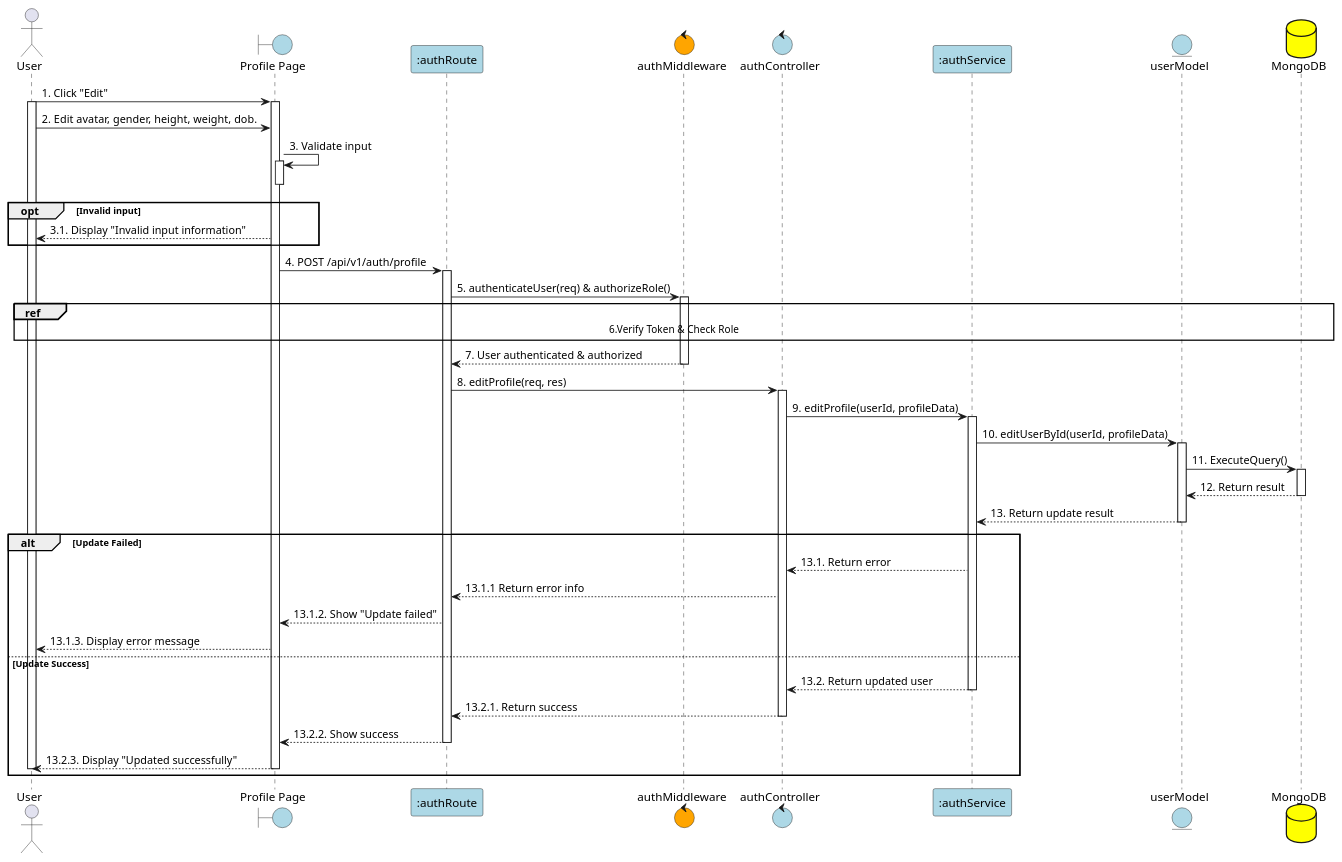
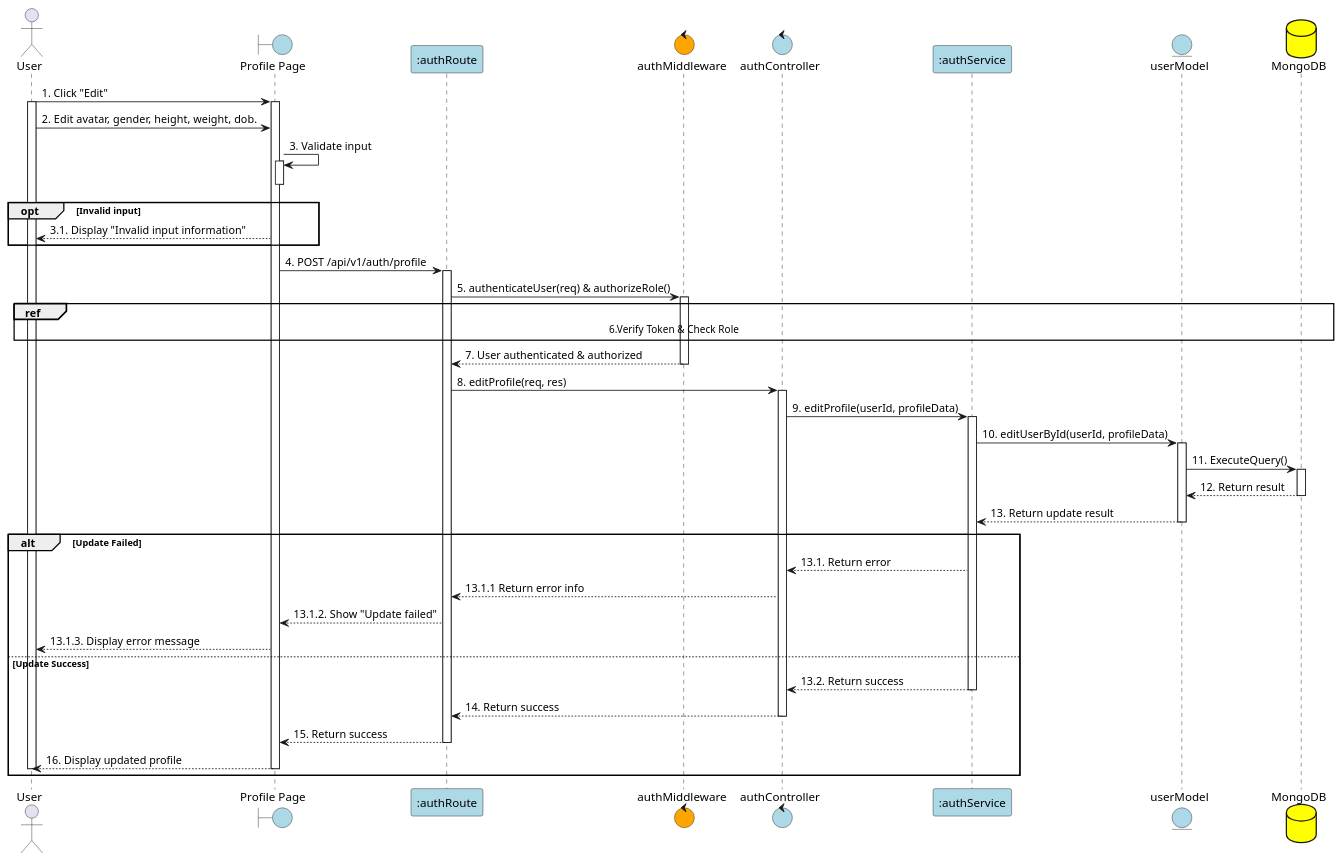
Before and after one commit to VietDurian/VietDurian: the diagram in planuml/web/9.2_editProfile.puml, drawn with PlantUML. The commit also changed 8 other files, not shown here.

Commit message:
ViVLT: Add sequence

```diff
--- a/planuml/web/9.2_editProfile.puml
+++ b/planuml/web/9.2_editProfile.puml
@@ -1,67 +1,67 @@
 @startuml EditProfile
 
 actor User as "User"
 boundary "Profile Page" as View #lightblue
 participant ":authRoute" as Route #lightblue
 control "authMiddleware" as Auth #orange
 control "authController" as Controller #lightblue
 participant ":authService" as Service #lightblue
 entity "userModel" as Model #lightblue
 database "MongoDB" as MongoDB #yellow
 
 User -> View: 1. Click "Edit"
 activate View
 activate User
 User -> View: 2. Edit avatar, gender, height, weight, dob.
 
 View -> View: 3. Validate input
 activate View
 deactivate View
 
 opt Invalid input
     View --> User: 3.1. Display "Invalid input information"
 end
 
 View -> Route: 4. POST /api/v1/auth/profile
 activate Route
 Route -> Auth: 5. authenticateUser(req) & authorizeRole()
 activate Auth
 ref over User, View, Route, Auth, Controller, Service, Model, MongoDB : 6.Verify Token & Check Role
 
 Auth --> Route: 7. User authenticated & authorized
 deactivate Auth
 
 Route -> Controller: 8. editProfile(req, res)
 activate Controller
 
     Controller -> Service: 9. editProfile(userId, profileData)
     activate Service
 
     Service -> Model: 10. editUserById(userId, profileData)
     activate Model
 
     Model -> MongoDB: 11. ExecuteQuery()
     activate MongoDB
     MongoDB --> Model: 12. Return result
     deactivate MongoDB
 
     Model --> Service: 13. Return update result
     deactivate Model
 
 alt Update Failed
     Service --> Controller: 13.1. Return error
     Controller --> Route: 13.1.1 Return error info
     Route --> View: 13.1.2. Show "Update failed"
     View --> User: 13.1.3. Display error message
 else Update Success
-    Service --> Controller: 13.2. Return updated user
+    Service --> Controller: 13.2. Return success
     deactivate Service
-    Controller --> Route: 13.2.1. Return success
+    Controller --> Route: 14. Return success
     deactivate Controller
-    Route --> View: 13.2.2. Show success
+    Route --> View: 15. Return success
     deactivate Route
-    View --> User: 13.2.3. Display "Updated successfully"
+    View --> User: 16. Display updated profile
     deactivate View
     deactivate User
 end
 @enduml
```
